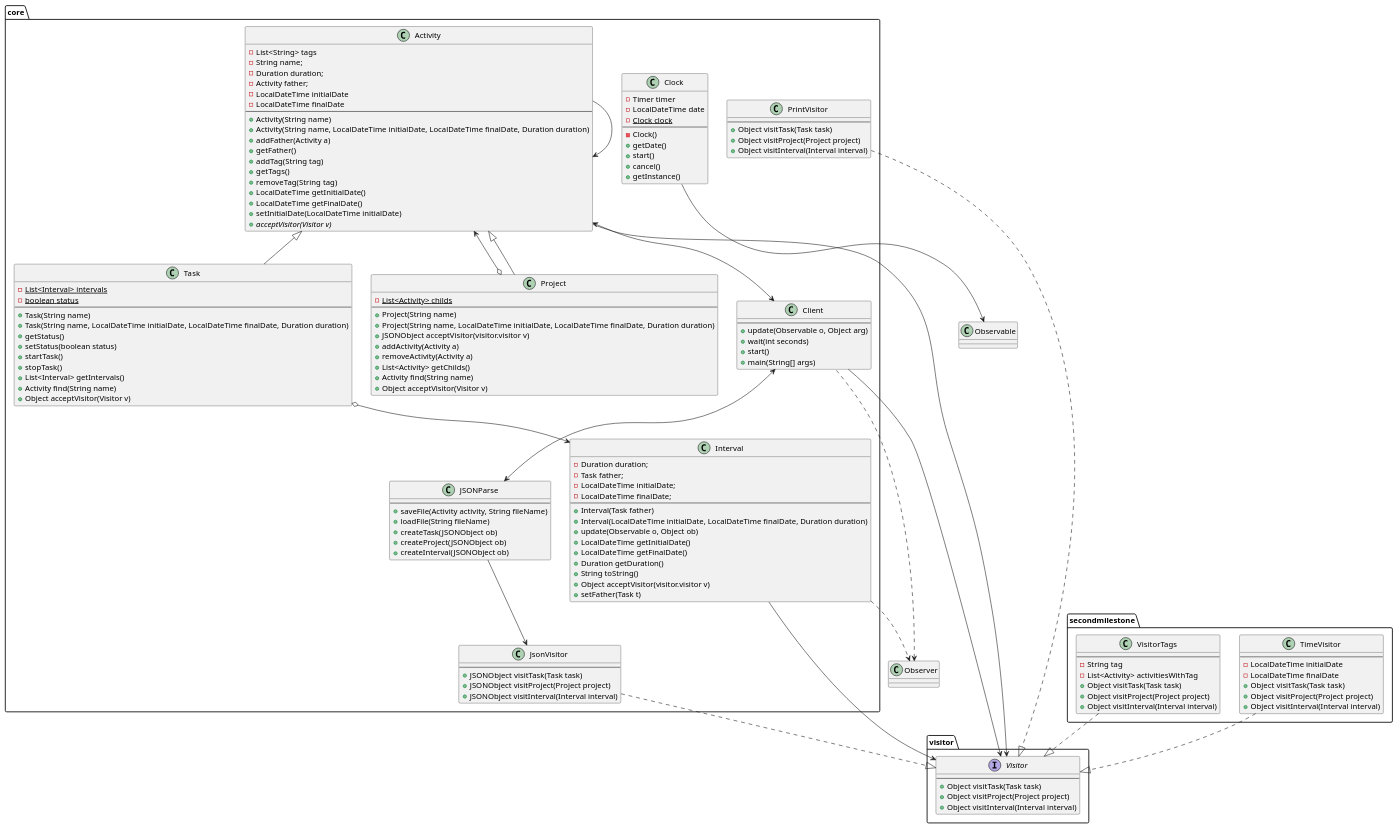
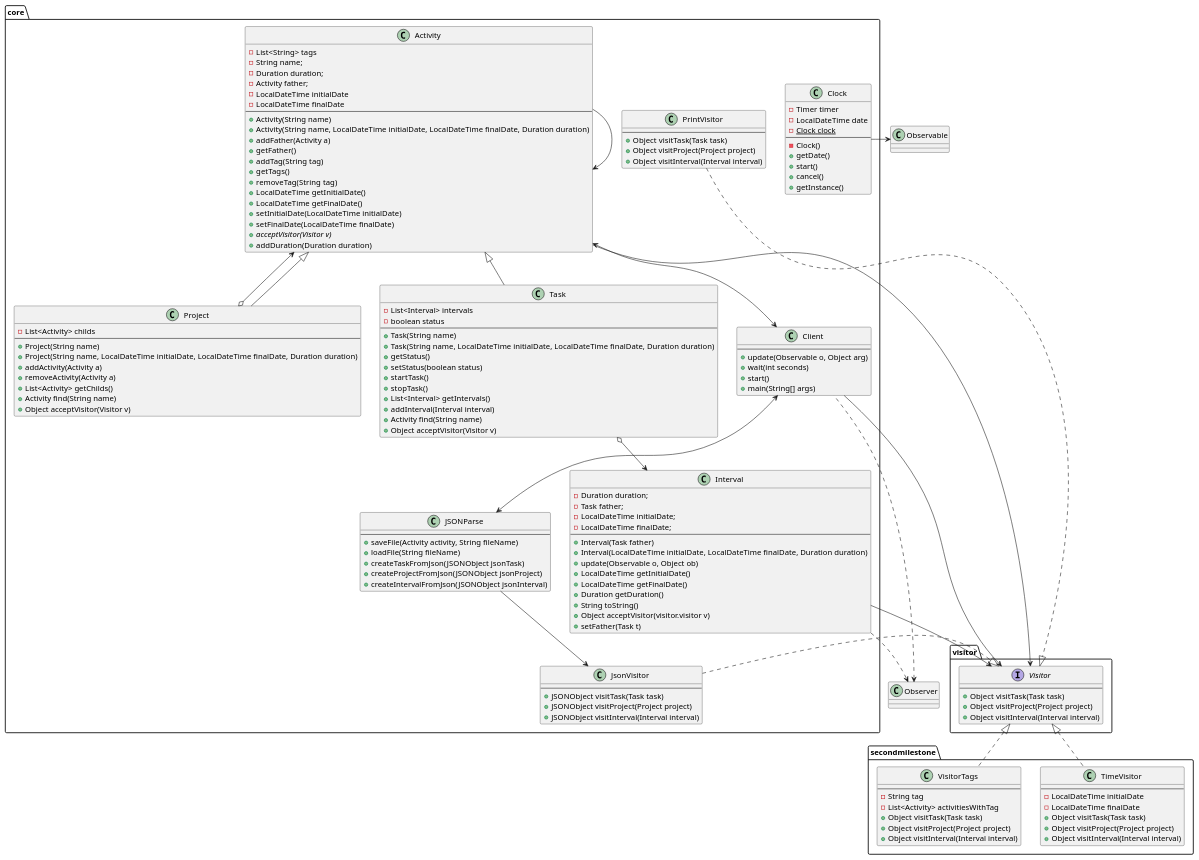
One commit to MarcSalaManzano/TimeTraker changed the diagram in src/UMLDiagram.puml. Above: the diagram before and after it, drawn with PlantUML. The commit also changed 9 other files, not shown here.

```diff
--- a/src/UMLDiagram.puml
+++ b/src/UMLDiagram.puml
@@ -1,159 +1,160 @@
 @startuml
 
 
 class core.Clock {
 - Timer timer
 - LocalDateTime date
 - {static} Clock clock
 --
 - Clock()
 + getDate()
 + start()
 + cancel()
 + getInstance()
 }
 
 class core.Activity{
 - List<String> tags
 - String name;
 - Duration duration;
 - Activity father;
 - LocalDateTime initialDate
 - LocalDateTime finalDate
 --
 + Activity(String name)
 + Activity(String name, LocalDateTime initialDate, LocalDateTime finalDate, Duration duration)
 + addFather(Activity a)
 + getFather()
 + addTag(String tag)
 + getTags()
 + removeTag(String tag)
 + LocalDateTime getInitialDate()
 + LocalDateTime getFinalDate()
 + setInitialDate(LocalDateTime initialDate)
++ setFinalDate(LocalDateTime finalDate)
 + {abstract} acceptVisitor(Visitor v)
++ addDuration(Duration duration)
 }
 
 class core.Interval{
 - Duration duration;
 - Task father;
 - LocalDateTime initialDate;
 - LocalDateTime finalDate;
 --
 + Interval(Task father)
 + Interval(LocalDateTime initialDate, LocalDateTime finalDate, Duration duration)
 + update(Observable o, Object ob)
 + LocalDateTime getInitialDate()
 + LocalDateTime getFinalDate()
 + Duration getDuration()
 + String toString()
 + Object acceptVisitor(visitor.visitor v)
 + setFather(Task t)
 }
 
 class core.Task{
-- {static} List<Interval> intervals
-- {static} boolean status
+- List<Interval> intervals
+- boolean status
 --
 + Task(String name)
 + Task(String name, LocalDateTime initialDate, LocalDateTime finalDate, Duration duration)
 + getStatus()
 + setStatus(boolean status)
 + startTask()
 + stopTask()
 + List<Interval> getIntervals()
++ addInterval(Interval interval)
 + Activity find(String name)
 + Object acceptVisitor(Visitor v)
 }
 
 class core.Project{
-- {static} List<Activity> childs
+- List<Activity> childs
 --
 + Project(String name)
 + Project(String name, LocalDateTime initialDate, LocalDateTime finalDate, Duration duration)
-+ JSONObject acceptVisitor(visitor.visitor v)
 + addActivity(Activity a)
 + removeActivity(Activity a)
 + List<Activity> getChilds()
 + Activity find(String name)
 + Object acceptVisitor(Visitor v)
 }
 
 
 class core.Client{
 --
 + update(Observable o, Object arg)
 + wait(int seconds)
 + start()
 + main(String[] args)
 }
 
 
 class core.JSONParse{
 --
 + saveFile(Activity activity, String fileName)
 + loadFile(String fileName)
-+ createTask(JSONObject ob)
-+ createProject(JSONObject ob)
-+ createInterval(JSONObject ob)
++ createTaskFromJson(JSONObject jsonTask)
++ createProjectFromJson(JSONObject jsonProject)
++ createIntervalFromJson(JSONObject jsonInterval)
 }
 
 class core.PrintVisitor {
 --
 + Object visitTask(Task task)
 + Object visitProject(Project project)
 + Object visitInterval(Interval interval)
 }
 
 class core.JsonVisitor {
 --
 + JSONObject visitTask(Task task)
 + JSONObject visitProject(Project project)
 + JSONObject visitInterval(Interval interval)
 }
 
 interface visitor.Visitor {
 --
 + Object visitTask(Task task)
 + Object visitProject(Project project)
 + Object visitInterval(Interval interval)
 }
 
 class secondmilestone.TimeVisitor {
 --
 - LocalDateTime initialDate
 - LocalDateTime finalDate
 + Object visitTask(Task task)
 + Object visitProject(Project project)
 + Object visitInterval(Interval interval)
 }
 
 class secondmilestone.VisitorTags {
 --
 - String tag
 - List<Activity> activitiesWithTag
 + Object visitTask(Task task)
 + Object visitProject(Project project)
 + Object visitInterval(Interval interval)
 }
 
-
+core.Clock -> Observable
 core.Activity <--> core.Client
 core.Activity --> core.Activity
 core.Activity <--o core.Project
 core.Activity <|-- core.Project
 core.Activity <|-- core.Task
 core.Task o--> core.Interval
 core.Interval ..> Observer
 Observer <.. core.Client
 core.Client <--> core.JSONParse
-core.Clock --> Observable
 core.JSONParse --> core.JsonVisitor
 core.Activity --> visitor.Visitor
 core.Interval --> visitor.Visitor
-core.JsonVisitor ..|> visitor.Visitor
-core.PrintVisitor ..|> visitor.Visitor
-secondmilestone.TimeVisitor ..|> visitor.Visitor
-secondmilestone.VisitorTags ..|> visitor.Visitor
 core.Client --> visitor.Visitor
+core.JsonVisitor .|> visitor.Visitor
+core.PrintVisitor .|> visitor.Visitor
+visitor.Visitor <|.. secondmilestone.VisitorTags
+visitor.Visitor <|.. secondmilestone.TimeVisitor
 @enduml
```
